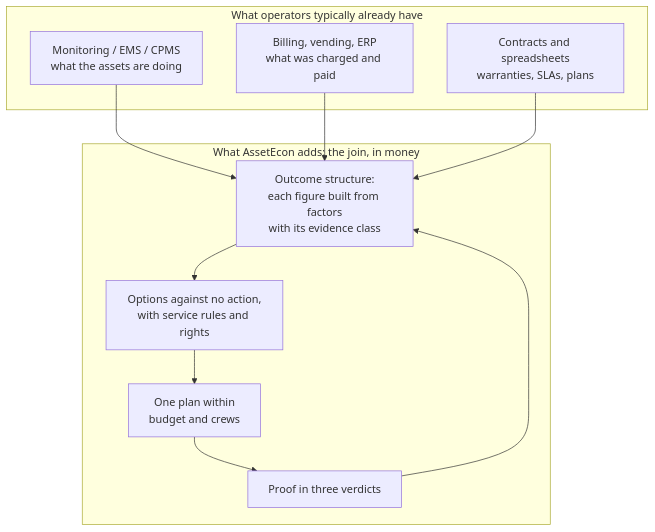
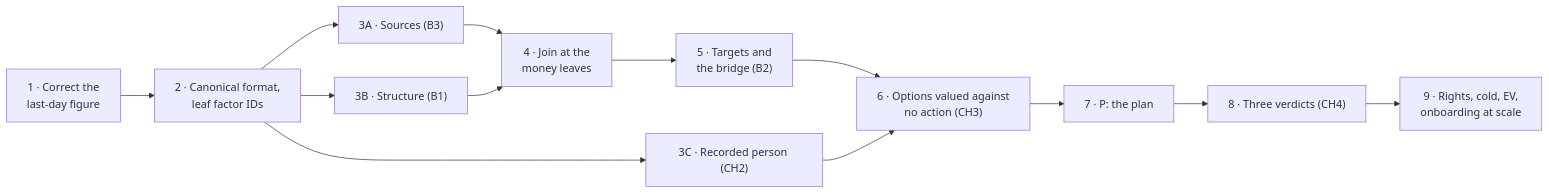
The diagram in Docs/demo-sprint/product-direction-layer4/product-transition-and-roadmap.md (bineyame/AssetOpsV1), drawn with Mermaid before and after one commit. The commit also changed other lines of this file and 16 other files, not shown here.

First line of the commit message:
Roadmap rev 5: a short current roadmap replaces rev 4.2; router points at the design and register

````diff
--- a/Docs/demo-sprint/product-direction-layer4/product-transition-and-roadmap.md
+++ b/Docs/demo-sprint/product-direction-layer4/product-transition-and-roadmap.md
@@ -112,18 +23,15 @@
 ```mermaid
-flowchart TB
-  subgraph HAVE["What operators typically already have"]
-    M["Monitoring / EMS / CPMS<br/>what the assets are doing"]
-    B["Billing, vending, ERP<br/>what was charged and paid"]
-    C["Contracts and spreadsheets<br/>warranties, SLAs, plans"]
-  end
-  subgraph AE["What AssetEcon adds: the join, in money"]
-    S["Outcome structure:<br/>each figure built from factors<br/>with its evidence class"]
-    O["Options against no action,<br/>with service rules and rights"]
-    PL["One plan within<br/>budget and crews"]
-    PR["Proof in three verdicts"]
-  end
-  M --> S
-  B --> S
-  C --> S
-  S --> O --> PL --> PR --> S
+flowchart LR
+  S1["1 · Correct the<br/>last-day figure"] --> S2["2 · Canonical format,<br/>leaf factor IDs"]
+  S2 --> A["3A · Sources (B3)"]
+  S2 --> B["3B · Structure (B1)"]
+  S2 --> C["3C · Recorded person (CH2)"]
+  A --> J["4 · Join at the<br/>money leaves"]
+  B --> J
+  J --> T["5 · Targets and<br/>the bridge (B2)"]
+  T --> D["6 · Options valued against<br/>no action (CH3)"]
+  C --> D
+  D --> P["7 · P: the plan"]
+  P --> V["8 · Three verdicts (CH4)"]
+  V --> R["9 · Rights, cold, EV,<br/>onboarding at scale"]
 ```
````
